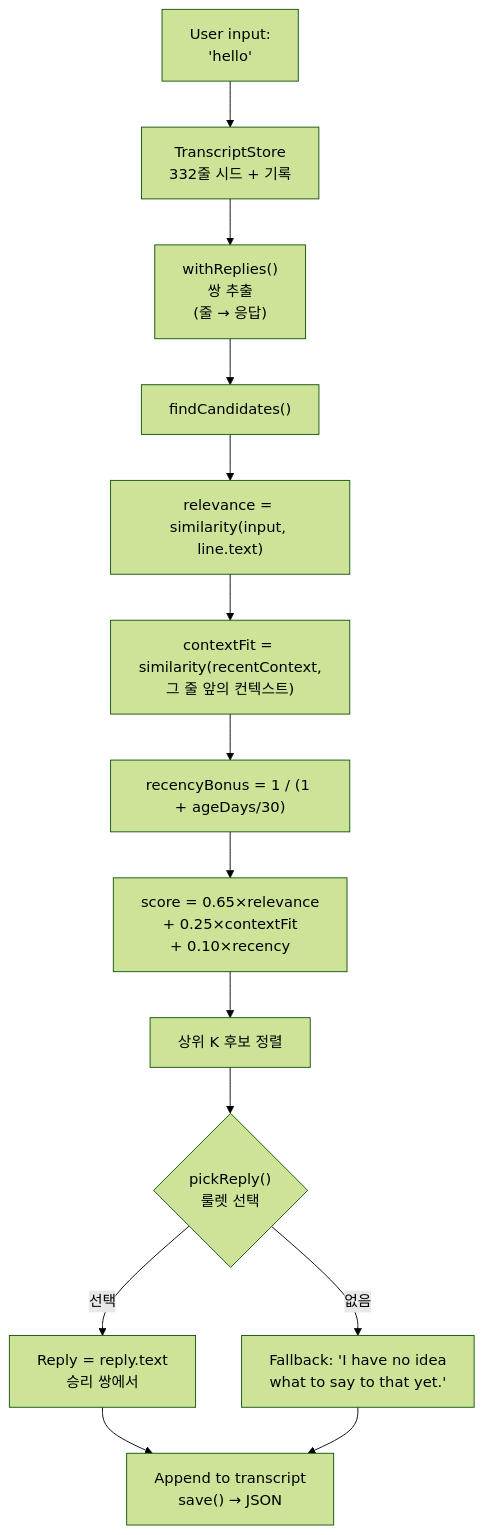
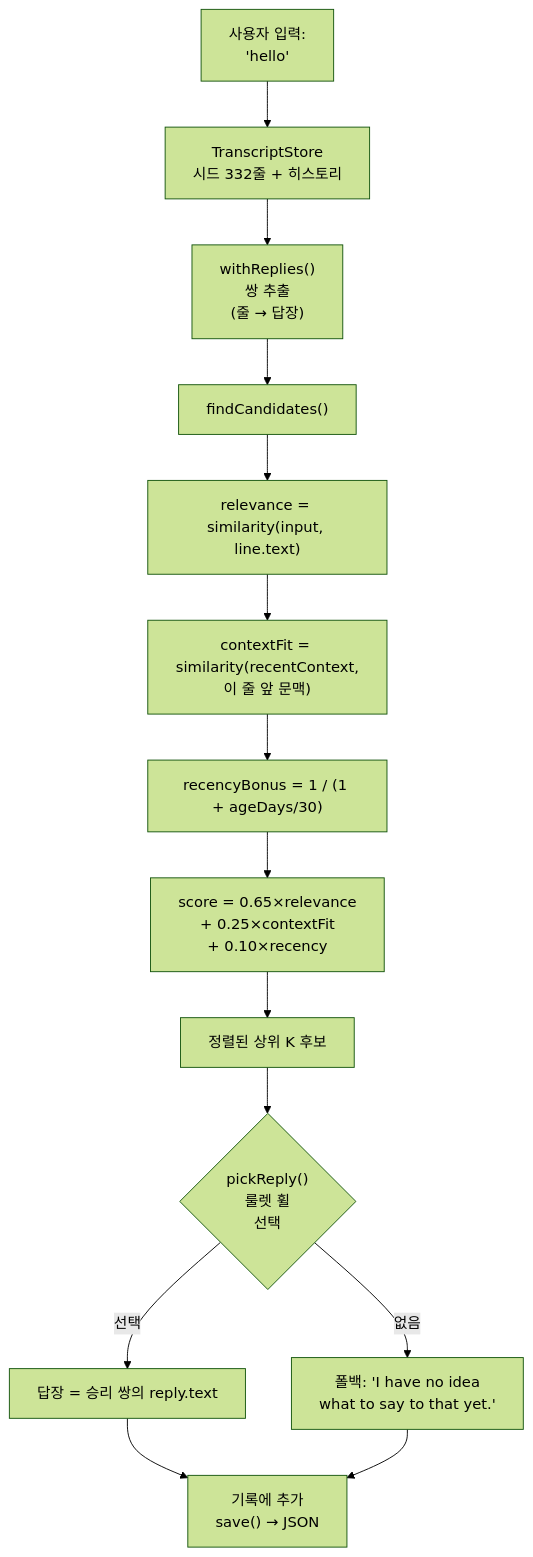
One commit to fox3000foxy/fox3000foxy.github.io changed the second of 2 diagrams in public/articles/ko/from-eliza-to-llm-chatbots-typescript.md. Above: the diagram before and after it, drawn with Mermaid (forest theme). The commit also changed other lines of this file and 576 other files, not shown here.

````diff
--- a/public/articles/ko/from-eliza-to-llm-chatbots-typescript.md
+++ b/public/articles/ko/from-eliza-to-llm-chatbots-typescript.md
@@ -308,16 +308,16 @@
 ```mermaid
 flowchart TD
-    A["User input:<br>'hello'"] --> B["TranscriptStore<br>332줄 시드 + 기록"]
-    B --> C["withReplies()<br>쌍 추출<br>(줄 → 응답)"]
+    A["사용자 입력:<br>'hello'"] --> B["TranscriptStore<br>시드 332줄 + 히스토리"]
+    B --> C["withReplies()<br>쌍 추출<br>(줄 → 답장)"]
     C --> D["findCandidates()"]
     D --> E["relevance = similarity(input, line.text)"]
-    E --> F["contextFit = similarity(recentContext,<br>그 줄 앞의 컨텍스트)"]
+    E --> F["contextFit = similarity(recentContext,<br>이 줄 앞 문맥)"]
     F --> G["recencyBonus = 1 / (1 + ageDays/30)"]
     G --> H["score = 0.65×relevance<br>+ 0.25×contextFit<br>+ 0.10×recency"]
-    H --> I["상위 K 후보 정렬"]
-    I --> J{"pickReply()<br>룰렛 선택"}
-    J -->|"선택"| K["Reply = reply.text<br>승리 쌍에서"]
-    J -->|"없음"| L["Fallback: 'I have no idea<br>what to say to that yet.'"]
-    K --> M["Append to transcript<br>save() → JSON"]
+    H --> I["정렬된 상위 K 후보"]
+    I --> J{"pickReply()<br>룰렛 휠<br>선택"}
+    J -->|"선택"| K["답장 = 승리 쌍의 reply.text"]
+    J -->|"없음"| L["폴백: 'I have no idea<br>what to say to that yet.'"]
+    K --> M["기록에 추가<br>save() → JSON"]
     L --> M
 ```
````
